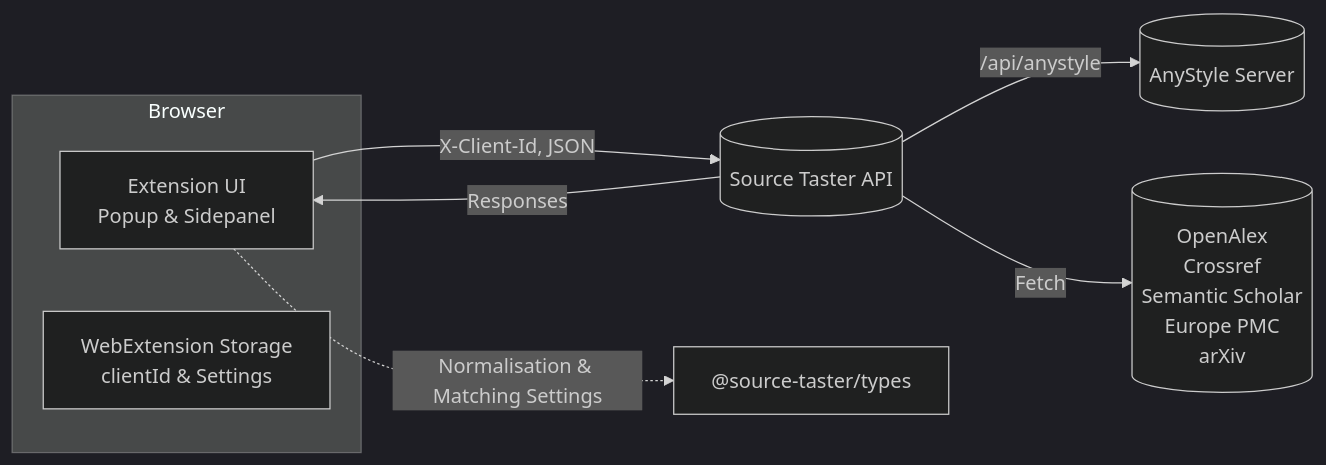
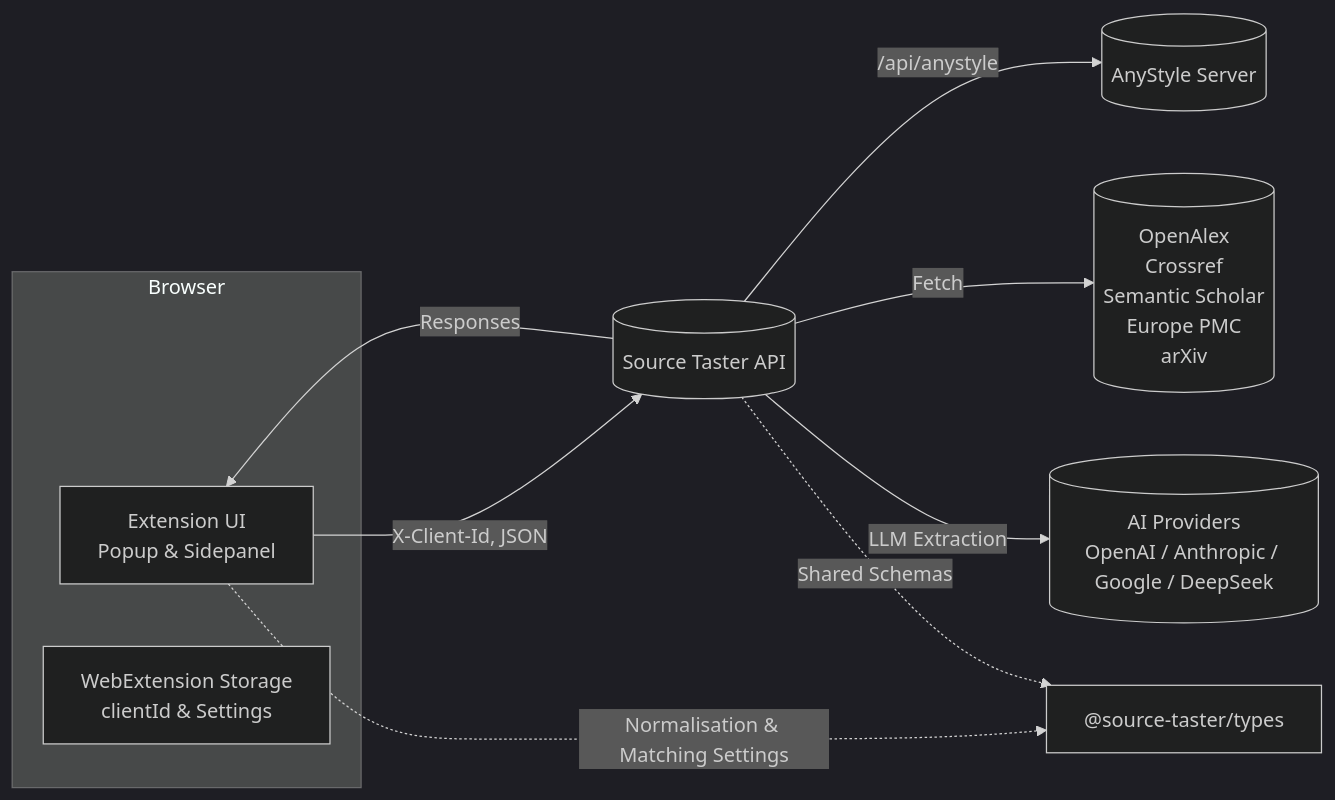
One commit to jeffnawroth/source-taster changed the diagram in README.md. Above: the diagram before and after it, drawn with Mermaid (dark theme). The commit also changed 2 other files, not shown here.

Commit message:
fix: update architecture diagrams to include LLM extraction and AI providers

````diff
--- a/README.md
+++ b/README.md
@@ -18,16 +18,19 @@
 ```mermaid
 flowchart LR
   subgraph Browser
     UI[Extension UI<br/>Popup & Sidepanel]
     Storage[WebExtension Storage<br/>clientId & Settings]
   end
   UI -->|X-Client-Id, JSON| API[(Source Taster API)]
   API -->|/api/anystyle| AnyStyle[(AnyStyle Server)]
   API -->|Fetch| External[(OpenAlex
   Crossref
   Semantic Scholar
   Europe PMC
   arXiv)]
+  API -->|LLM Extraction| AIProviders[(AI Providers<br/>OpenAI / Anthropic / Google / DeepSeek)]
+  TypesNode["@source-taster/types"]
   API -->|Responses| UI
-  UI -.->|Normalisation & Matching Settings| TypesNode["@source-taster/types"]
+  UI -.->|Normalisation & Matching Settings| TypesNode
+  API -.->|Shared Schemas| TypesNode
 ```
````
